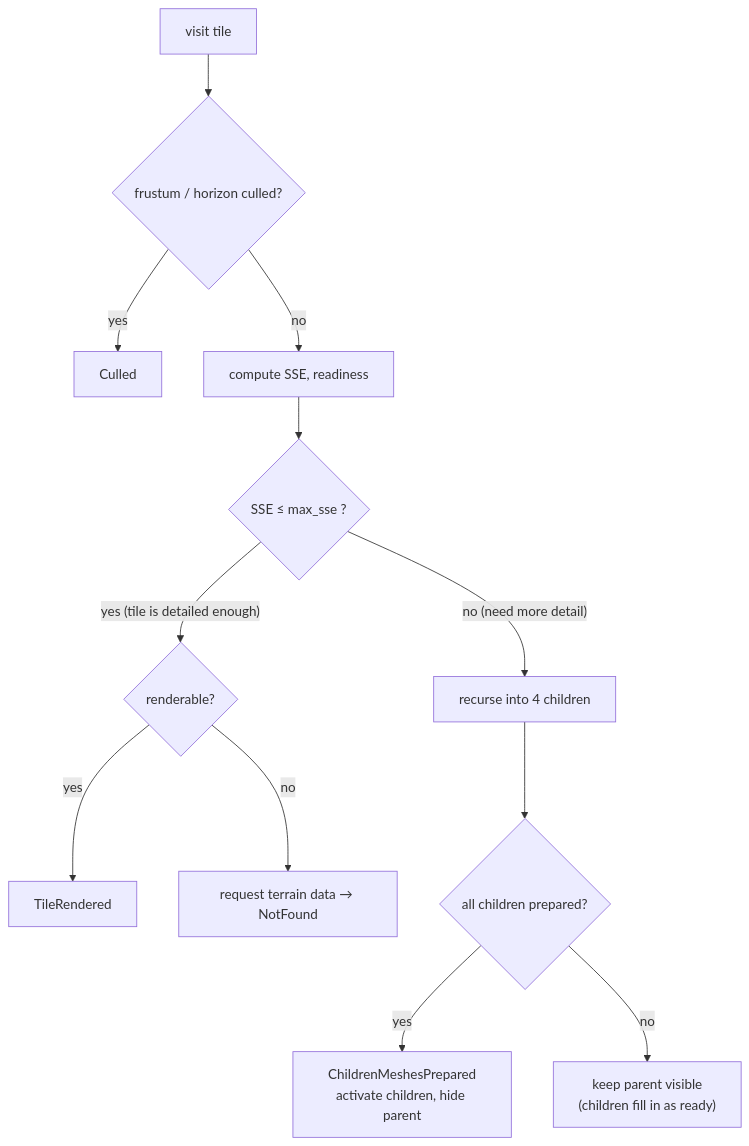
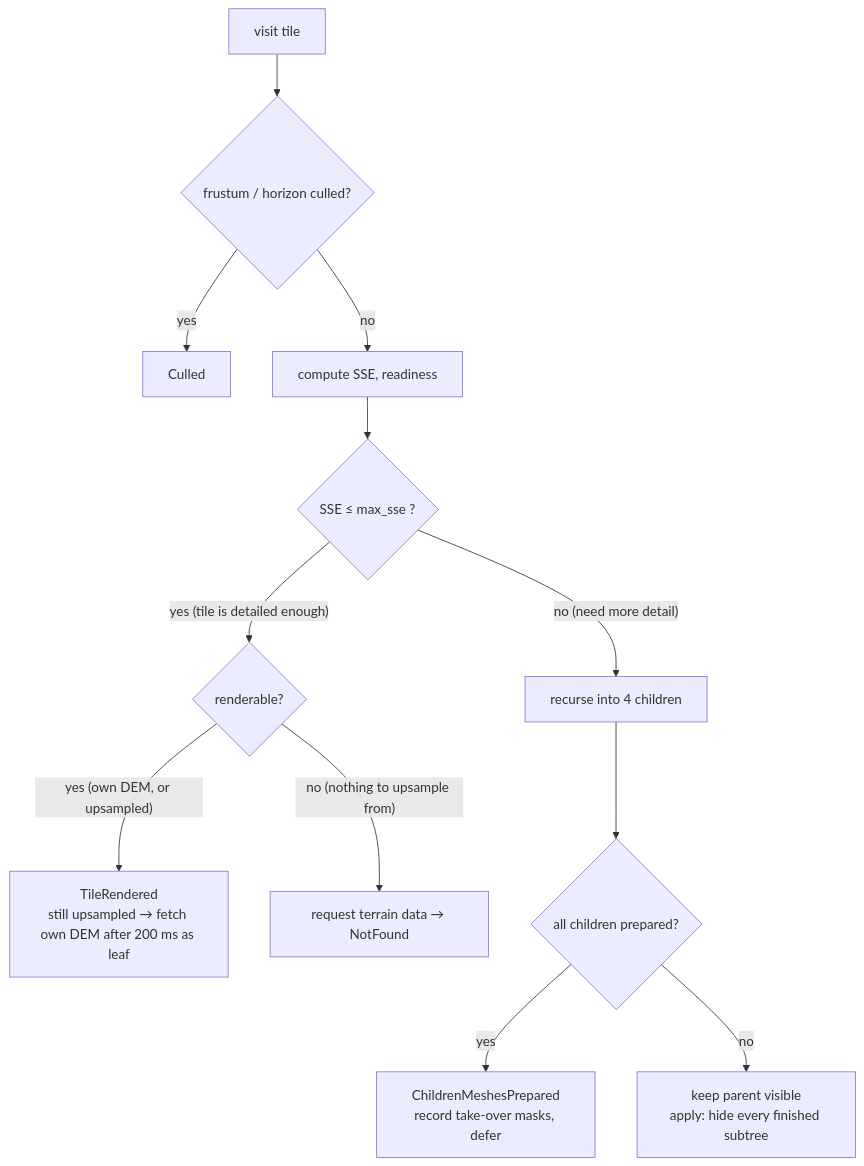
The fifth of 10 diagrams in guide/TILE_TERRAIN_TRAVERSAL.md (quei4r/navara), drawn with Mermaid before and after one commit. The commit also changed other lines of this file and 1295 other files, not shown here.

````diff
--- a/guide/TILE_TERRAIN_TRAVERSAL.md
+++ b/guide/TILE_TERRAIN_TRAVERSAL.md
@@ -153,14 +161,14 @@
 ```mermaid
 flowchart TD
   A["visit tile"] --> B{frustum / horizon culled?}
   B -- yes --> CULL["Culled"]
   B -- no --> C["compute SSE, readiness"]
   C --> D{"SSE ≤ max_sse ?"}
   D -- "yes (tile is detailed enough)" --> E{renderable?}
-  E -- yes --> R["TileRendered"]
-  E -- "no" --> REQ["request terrain data → NotFound"]
+  E -- "yes (own DEM, or upsampled)" --> R["TileRendered<br/>still upsampled → fetch own DEM after 200 ms as leaf"]
+  E -- "no (nothing to upsample from)" --> REQ["request terrain data → NotFound"]
   D -- "no (need more detail)" --> F["recurse into 4 children"]
   F --> G{all children prepared?}
-  G -- yes --> CMP["ChildrenMeshesPrepared<br/>activate children, hide parent"]
-  G -- "no" --> H["keep parent visible<br/>(children fill in as ready)"]
+  G -- yes --> CMP["ChildrenMeshesPrepared<br/>record take-over masks, defer"]
+  G -- "no" --> H["keep parent visible<br/>apply: hide every finished subtree"]
 ```
````
